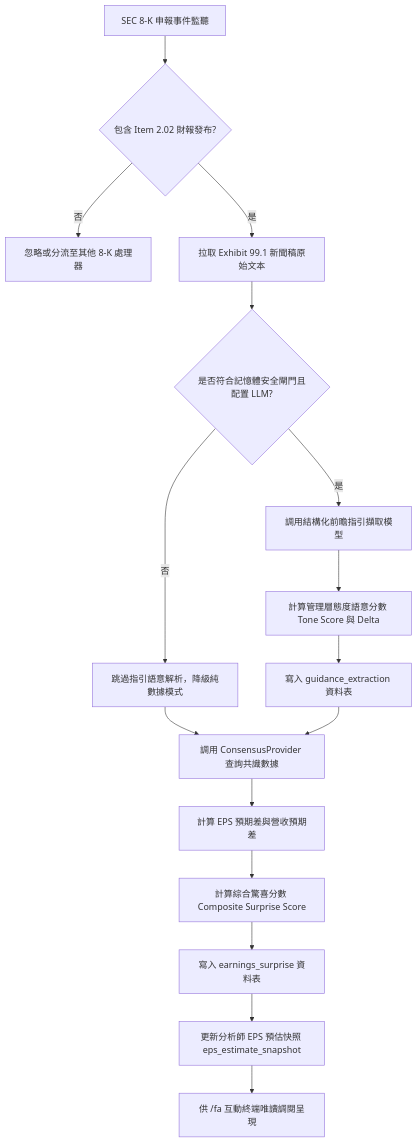
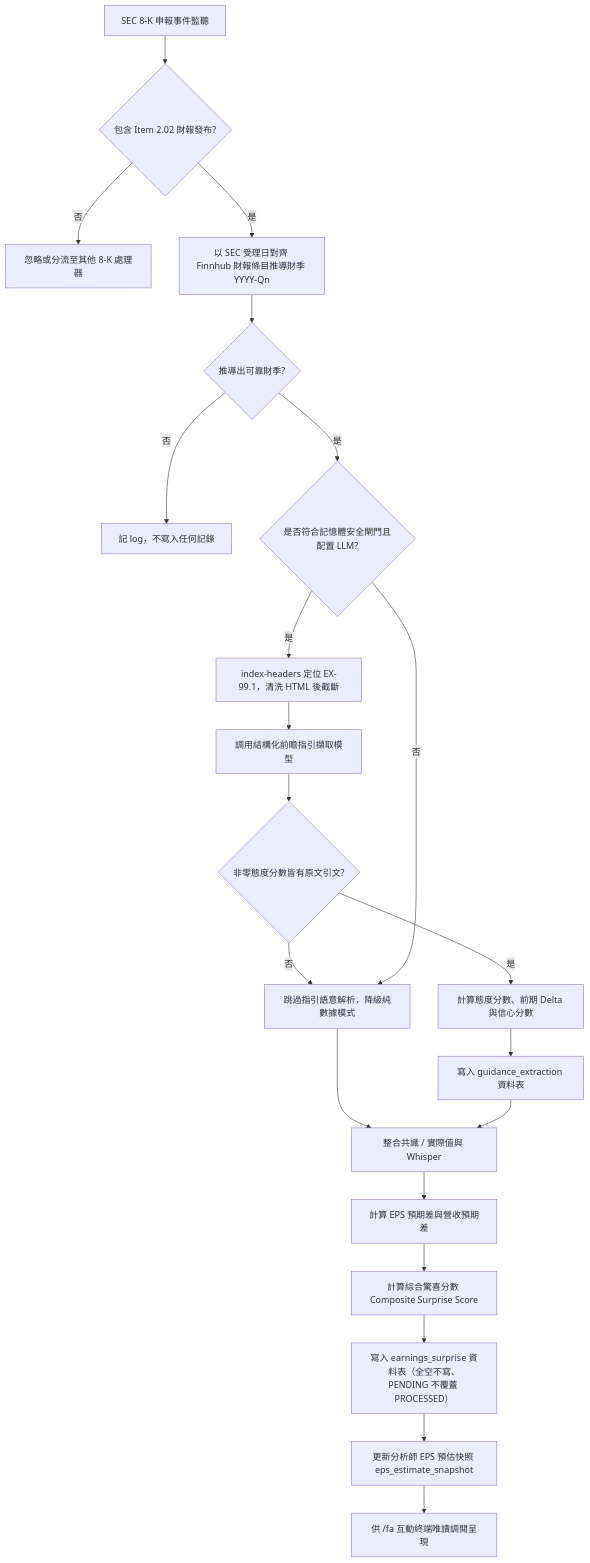
The diagram in docs/valuation_pricing/05_earnings_surprise_and_guidance_delta.md (cosmo-chang-1701/nexus-seeker), drawn with Mermaid before and after one commit. The commit also changed other lines of this file and 23 other files, not shown here.

````diff
--- a/docs/valuation_pricing/05_earnings_surprise_and_guidance_delta.md
+++ b/docs/valuation_pricing/05_earnings_surprise_and_guidance_delta.md
@@ -91,18 +131,23 @@
 ```mermaid
 flowchart TD
     A[SEC 8-K 申報事件監聽] --> B{包含 Item 2.02 財報發布?}
     B -- 否 --> C[忽略或分流至其他 8-K 處理器]
-    B -- 是 --> D[拉取 Exhibit 99.1 新聞稿原始文本]
-    D --> E{是否符合記憶體安全閘門且配置 LLM?}
-    E -- 是 --> F[調用結構化前瞻指引擷取模型]
+    B -- 是 --> P[以 SEC 受理日對齊 Finnhub 財報條目推導財季 YYYY-Qn]
+    P --> Q{推導出可靠財季?}
+    Q -- 否 --> R[記 log，不寫入任何記錄]
+    Q -- 是 --> E{是否符合記憶體安全閘門且配置 LLM?}
+    E -- 是 --> D[index-headers 定位 EX-99.1，清洗 HTML 後截斷]
+    D --> F[調用結構化前瞻指引擷取模型]
+    F --> S{非零態度分數皆有原文引文?}
+    S -- 否 --> G
+    S -- 是 --> H[計算態度分數、前期 Delta 與信心分數]
     E -- 否 --> G[跳過指引語意解析，降級純數據模式]
-    F --> H[計算管理層態度語意分數 Tone Score 與 Delta]
     H --> I[寫入 guidance_extraction 資料表]
-    G --> J[調用 ConsensusProvider 查詢共識數據]
+    G --> J[整合共識 / 實際值與 Whisper]
     I --> J
     J --> K[計算 EPS 預期差與營收預期差]
     K --> L[計算綜合驚喜分數 Composite Surprise Score]
-    L --> M[寫入 earnings_surprise 資料表]
+    L --> M[寫入 earnings_surprise 資料表（全空不寫、PENDING 不覆蓋 PROCESSED）]
     M --> N[更新分析師 EPS 預估快照 eps_estimate_snapshot]
     N --> O[供 /fa 互動終端唯讀調閱呈現]
 ```
````
